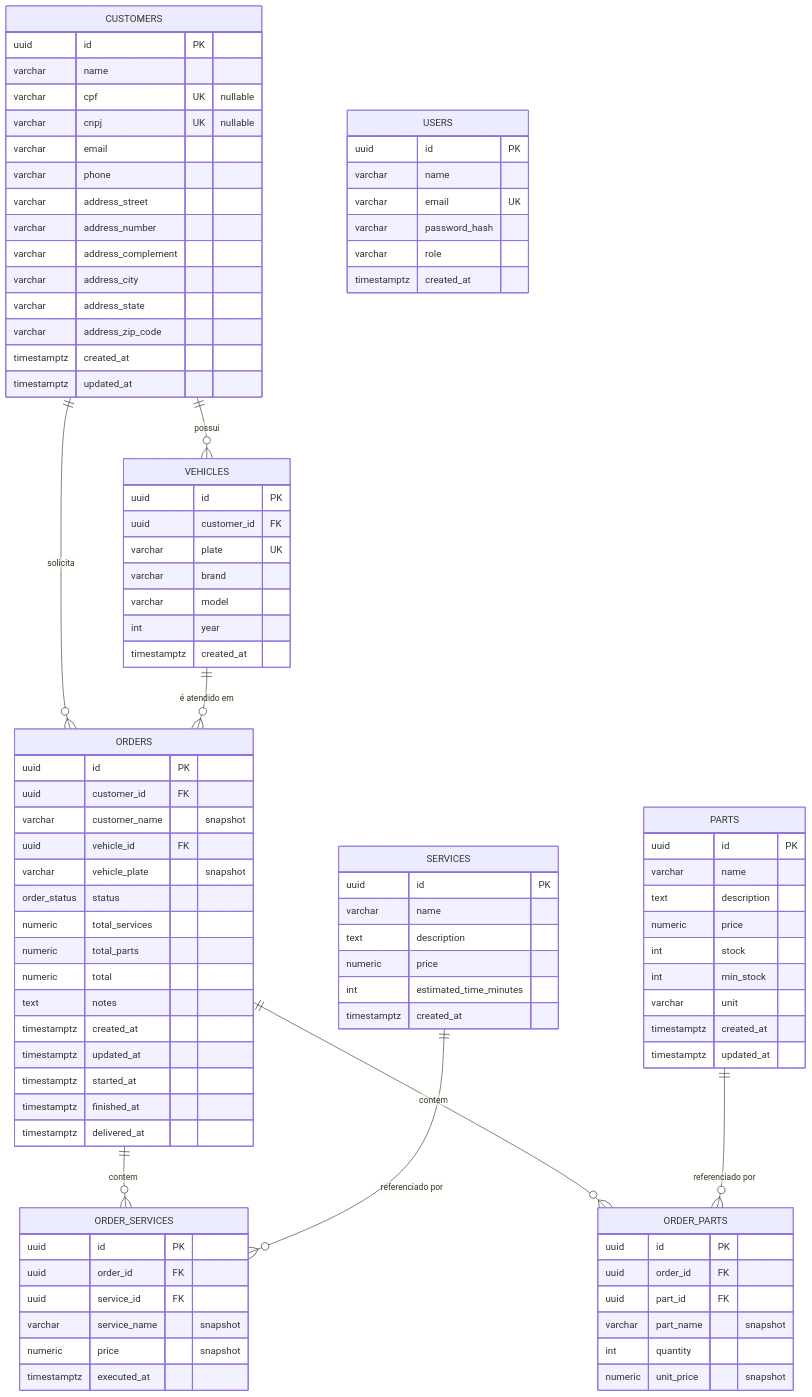
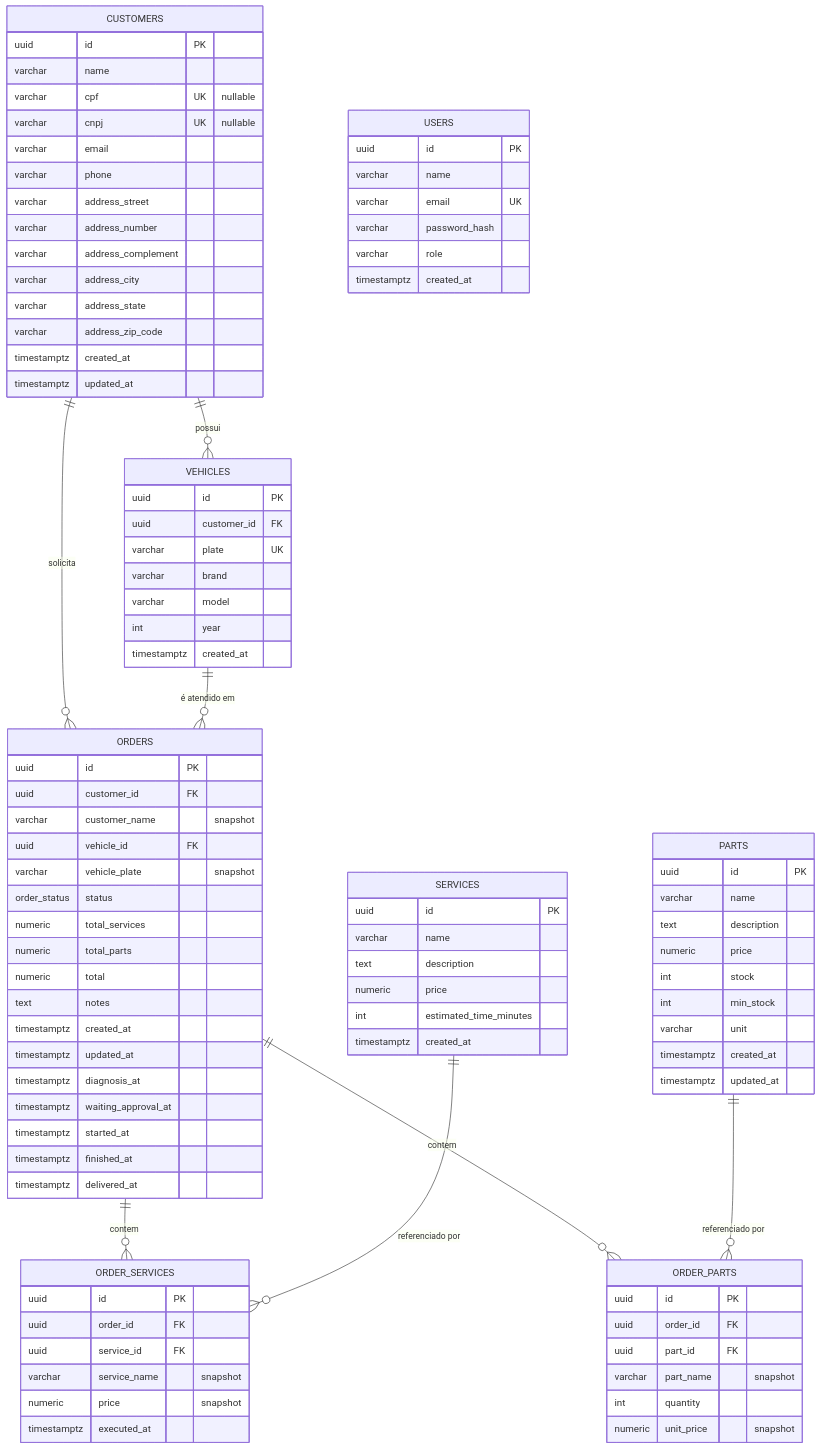
The diagram in docs/database/er-diagram.md (Jackeline2020/app-autoshop), drawn with Mermaid before and after one commit. The commit also changed other lines of this file and 8 other files, not shown here.

```diff
--- a/docs/database/er-diagram.md
+++ b/docs/database/er-diagram.md
@@ -73,6 +73,8 @@
         text notes
         timestamptz created_at
         timestamptz updated_at
+        timestamptz diagnosis_at
+        timestamptz waiting_approval_at
         timestamptz started_at
         timestamptz finished_at
         timestamptz delivered_at
```
